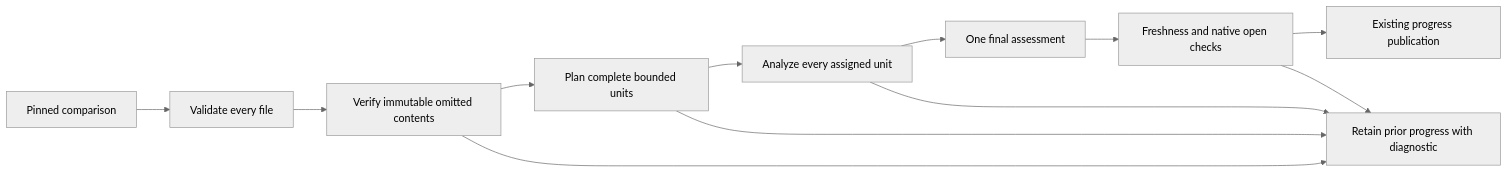
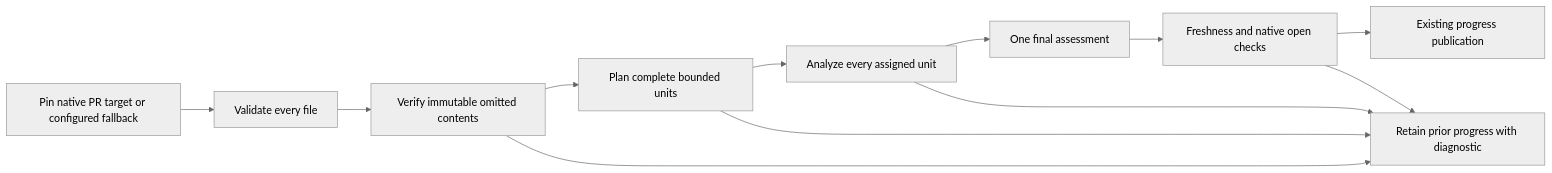
Before and after one commit to vypdev/copilot: the first of 3 diagrams in specs/immutable-progress-content-recovery.md, drawn with Mermaid (neutral theme). The commit also changed other lines of this file and 48 other files, not shown here.

Commit message:
bugfix-727-progress-assessment-fails-permanently-on-inherited-binary-files-without-github-textual-patches: pin native review target and retain honest binary diagnostics

````diff
--- a/specs/immutable-progress-content-recovery.md
+++ b/specs/immutable-progress-content-recovery.md
@@ -72,14 +72,14 @@
 ```mermaid
 flowchart LR
-    A[Pinned comparison] --> B[Validate every file]
+    A[Pin native PR target or configured fallback] --> B[Validate every file]
     B --> C[Verify immutable omitted contents]
     C --> D[Plan complete bounded units]
     D --> E[Analyze every assigned unit]
     E --> F[One final assessment]
     F --> G[Freshness and native open checks]
     G --> H[Existing progress publication]
     C --> I[Retain prior progress with diagnostic]
     D --> I
     E --> I
     G --> I
 ```
````
